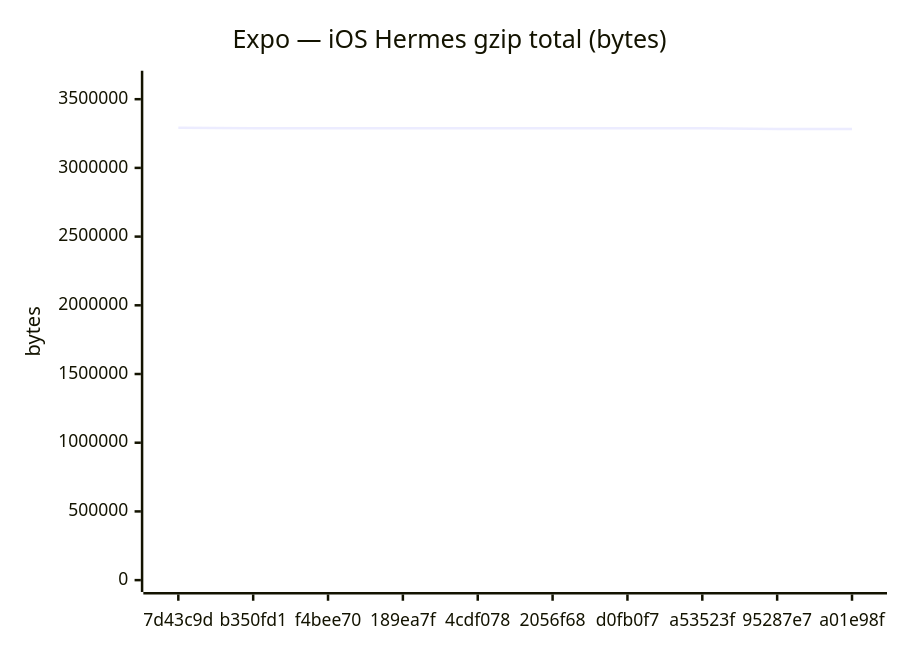
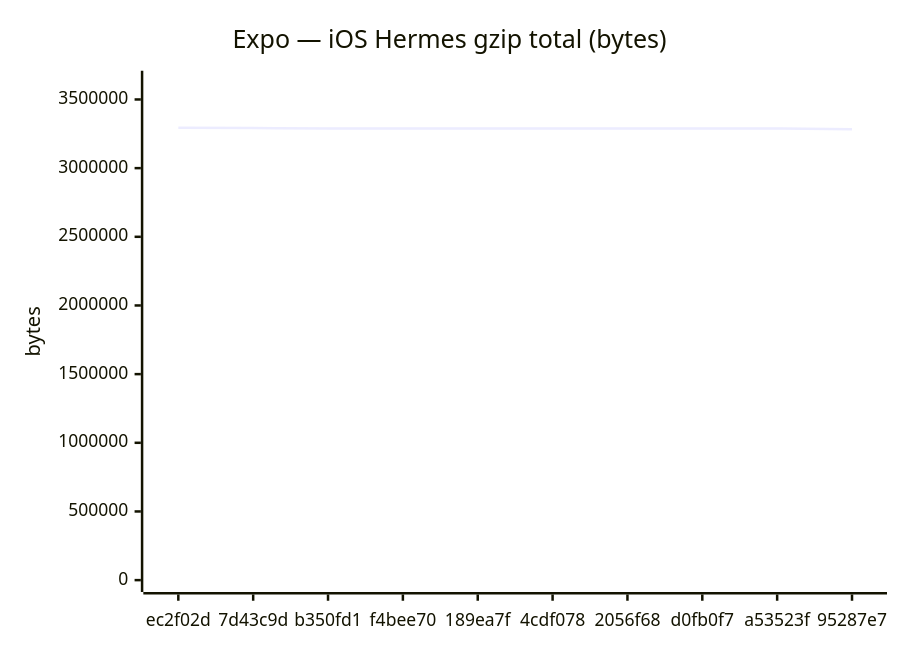
The sixth of 18 diagrams in benchmarks/compare.md (Metaheurist/Rianell), drawn with Mermaid before and after one commit. The commit also changed other lines of this file and 11 other files, not shown here.

````diff
--- a/benchmarks/compare.md
+++ b/benchmarks/compare.md
@@ -96,7 +96,7 @@
 ```mermaid
 xychart-beta
     title "Expo — iOS Hermes gzip total (bytes)"
-    x-axis ["7d43c9d", "b350fd1", "f4bee70", "189ea7f", "4cdf078", "2056f68", "d0fb0f7", "a53523f", "95287e7", "a01e98f"]
-    y-axis "bytes" 0 --> 3620536
-    line [3291396, 3288856, 3288399, 3288861, 3288877, 3288270, 3288272, 3288270, 3283767, 3283770]
+    x-axis ["ec2f02d", "7d43c9d", "b350fd1", "f4bee70", "189ea7f", "4cdf078", "2056f68", "d0fb0f7", "a53523f", "95287e7"]
+    y-axis "bytes" 0 --> 3622646
+    line [3293314, 3291396, 3288856, 3288399, 3288861, 3288877, 3288270, 3288272, 3288270, 3283767]
 ```
````
